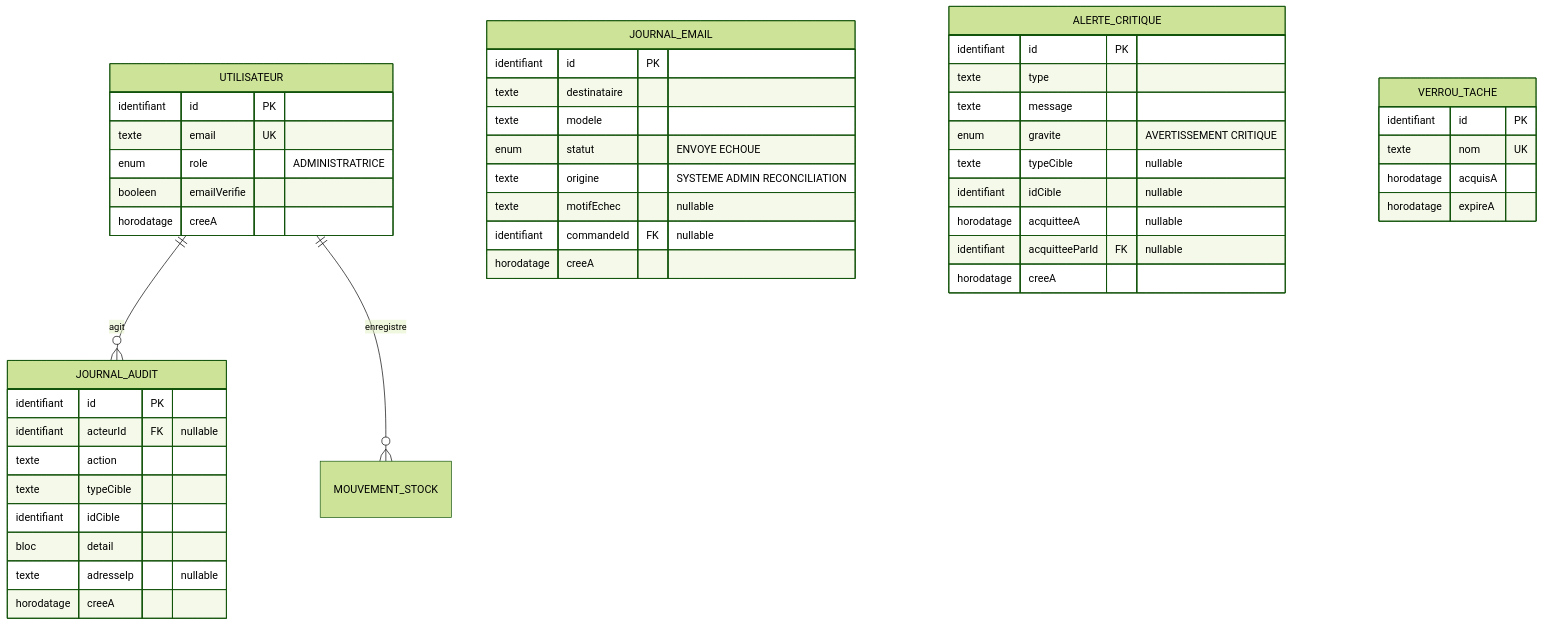
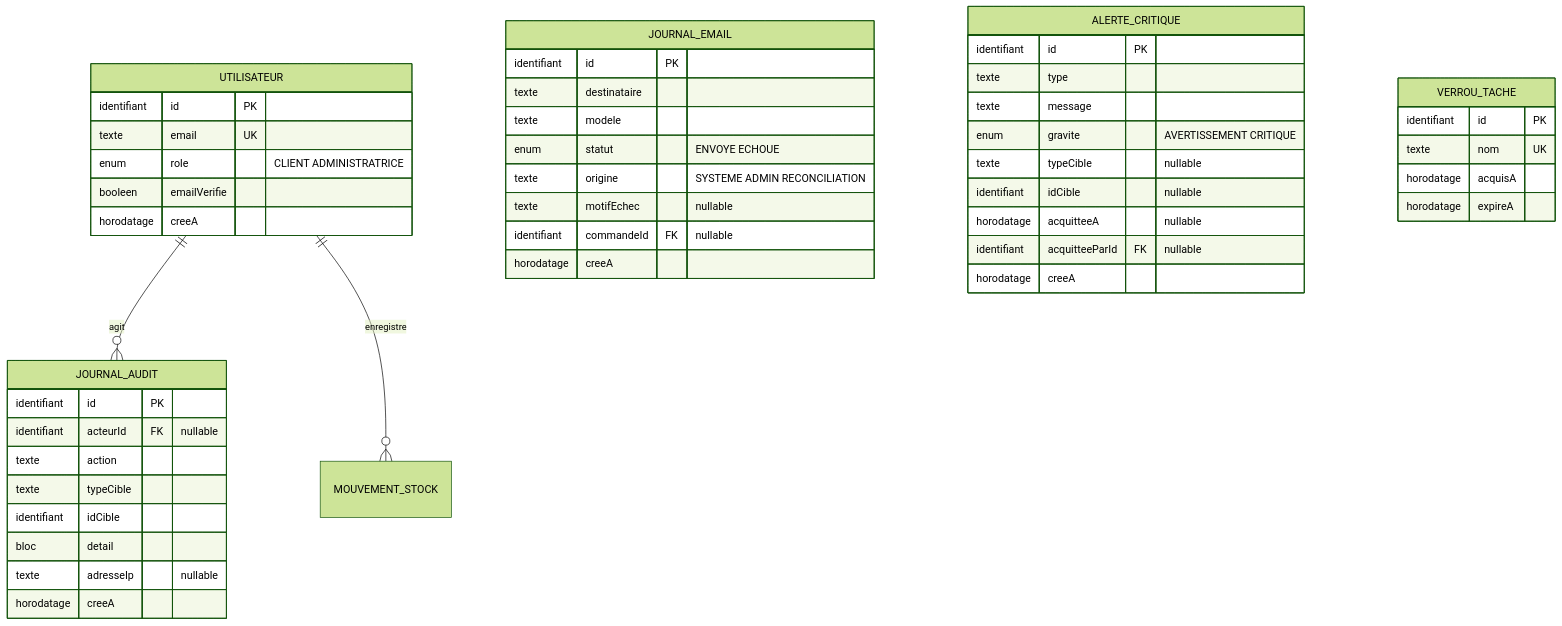
Before and after one commit to krismos64/lune-soleil: the ninth of 9 diagrams in docs/architecture/MODELE-CONCEPTUEL.md, drawn with Mermaid (forest theme). The commit also changed other lines of this file and 4 other files, not shown here.

````diff
--- a/docs/architecture/MODELE-CONCEPTUEL.md
+++ b/docs/architecture/MODELE-CONCEPTUEL.md
@@ -993,50 +1021,50 @@
 ```mermaid
 erDiagram
     UTILISATEUR ||--o{ JOURNAL_AUDIT : "agit"
     UTILISATEUR ||--o{ MOUVEMENT_STOCK : "enregistre"
 
     UTILISATEUR {
         identifiant id PK
         texte email UK
-        enum role "ADMINISTRATRICE"
+        enum role "CLIENT ADMINISTRATRICE"
         booleen emailVerifie
         horodatage creeA
     }
     JOURNAL_AUDIT {
         identifiant id PK
         identifiant acteurId FK "nullable"
         texte action
         texte typeCible
         identifiant idCible
         bloc detail
         texte adresseIp "nullable"
         horodatage creeA
     }
     JOURNAL_EMAIL {
         identifiant id PK
         texte destinataire
         texte modele
         enum statut "ENVOYE ECHOUE"
         texte origine "SYSTEME ADMIN RECONCILIATION"
         texte motifEchec "nullable"
         identifiant commandeId FK "nullable"
         horodatage creeA
     }
     ALERTE_CRITIQUE {
         identifiant id PK
         texte type
         texte message
         enum gravite "AVERTISSEMENT CRITIQUE"
         texte typeCible "nullable"
         identifiant idCible "nullable"
         horodatage acquitteeA "nullable"
         identifiant acquitteeParId FK "nullable"
         horodatage creeA
     }
     VERROU_TACHE {
         identifiant id PK
         texte nom UK
         horodatage acquisA
         horodatage expireA
     }
 ```
````
